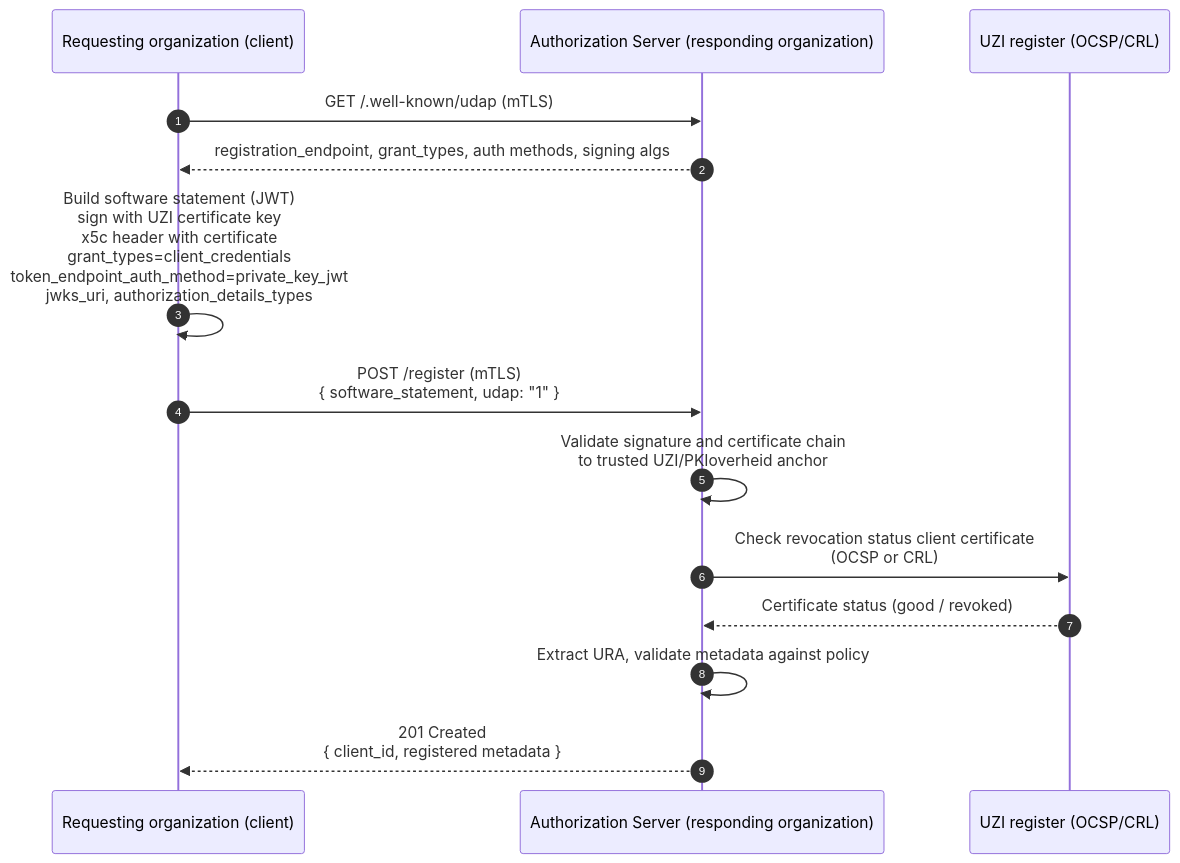
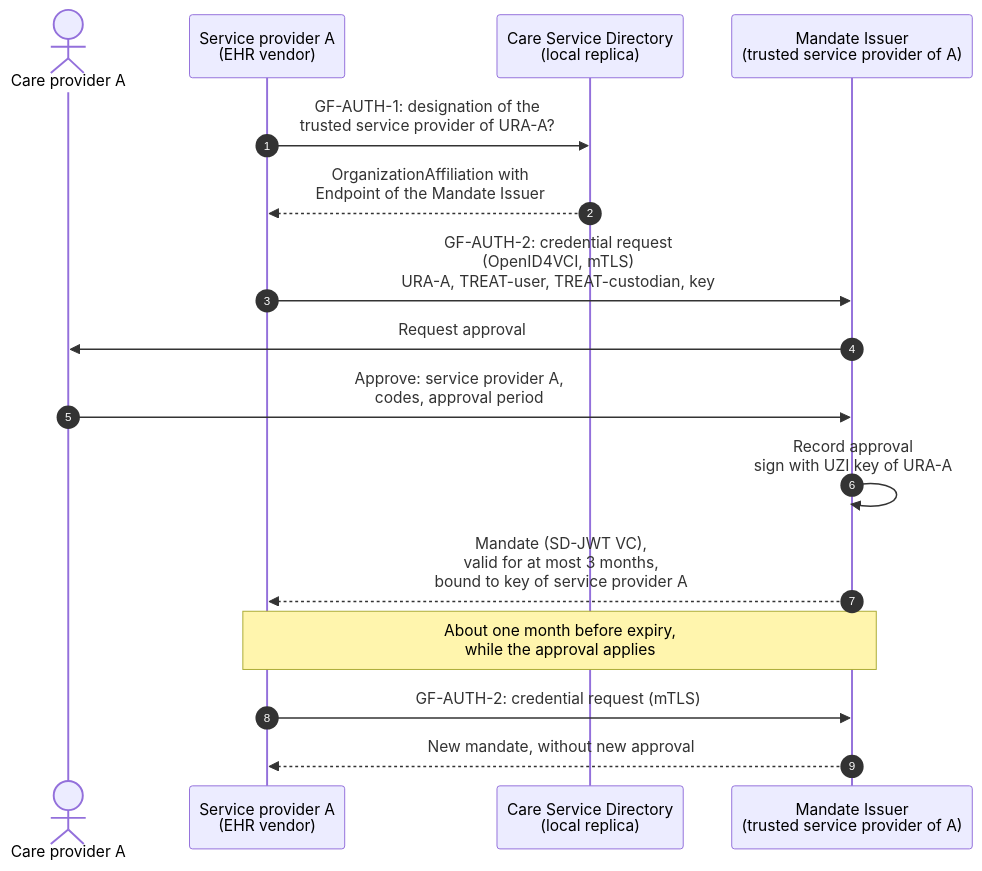
One commit to minvws/generiekefuncties-docs changed the second of 3 diagrams in input/pagecontent/authentication.md. Above: the diagram before and after it, drawn with Mermaid. The commit also changed other lines of this file and 3 other files, not shown here.

````diff
--- a/input/pagecontent/authentication.md
+++ b/input/pagecontent/authentication.md
@@ -208,17 +470,20 @@
 ```mermaid
 sequenceDiagram
     autonumber
-    participant A as Requesting organization (client)
-    participant AS as Authorization Server (responding organization)
-    participant CA as UZI register (OCSP/CRL)
+    actor CPA as Care provider A
+    participant SPA as Service provider A<br/>(EHR vendor)
+    participant CSD as Care Service Directory<br/>(local replica)
+    participant MI as Mandate Issuer<br/>(trusted service provider of A)
 
-    A->>AS: GET /.well-known/udap (mTLS)
-    AS-->>A: registration_endpoint, grant_types, auth methods, signing algs
-    A->>A: Build software statement (JWT)<br/>sign with UZI certificate key<br/>x5c header with certificate<br/>grant_types=client_credentials<br/>token_endpoint_auth_method=private_key_jwt<br/>jwks_uri, authorization_details_types
-    A->>AS: POST /register (mTLS)<br/>{ software_statement, udap: "1" }
-    AS->>AS: Validate signature and certificate chain<br/>to trusted UZI/PKIoverheid anchor
-    AS->>CA: Check revocation status client certificate<br/>(OCSP or CRL)
-    CA-->>AS: Certificate status (good / revoked)
-    AS->>AS: Extract URA, validate metadata against policy
-    AS-->>A: 201 Created<br/>{ client_id, registered metadata }
+    SPA->>CSD: GF-AUTH-1: designation of the<br/>trusted service provider of URA-A?
+    CSD-->>SPA: OrganizationAffiliation with<br/>Endpoint of the Mandate Issuer
+    SPA->>MI: GF-AUTH-2: credential request<br/>(OpenID4VCI, mTLS)<br/>URA-A, TREAT-user, TREAT-custodian, key
+    MI->>CPA: Request approval
+    CPA->>MI: Approve: service provider A,<br/>codes, approval period
+    MI->>MI: Record approval<br/>sign with UZI key of URA-A
+    MI-->>SPA: Mandate (SD-JWT VC),<br/>valid for at most 3 months,<br/>bound to key of service provider A
+
+    Note over SPA,MI: About one month before expiry,<br/>while the approval applies
+    SPA->>MI: GF-AUTH-2: credential request (mTLS)
+    MI-->>SPA: New mandate, without new approval
 ```
````
